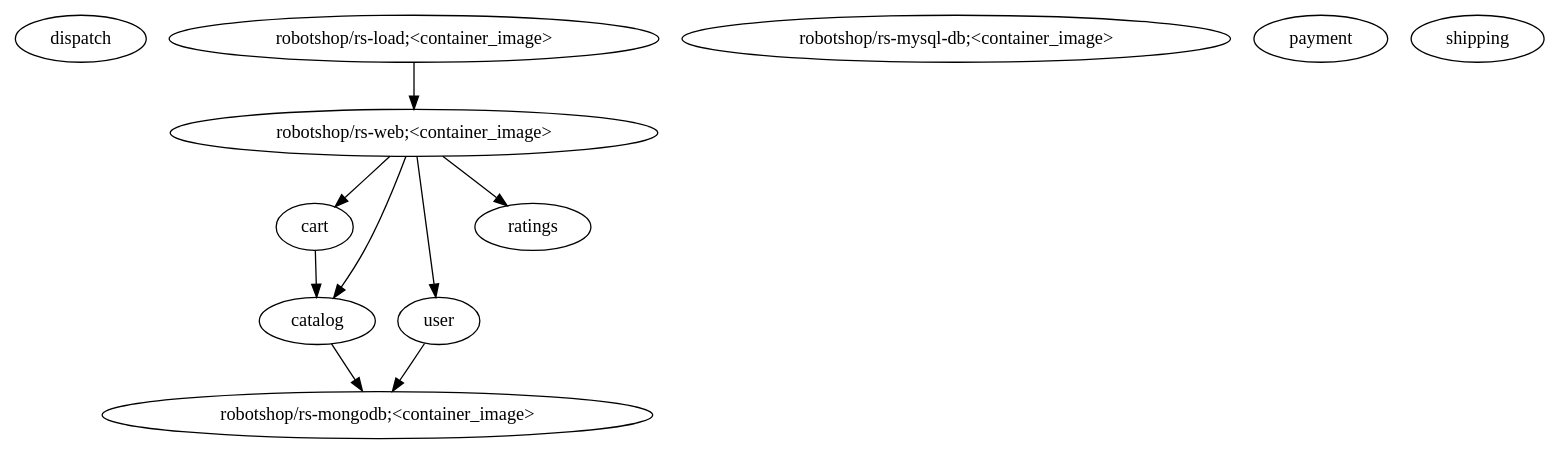
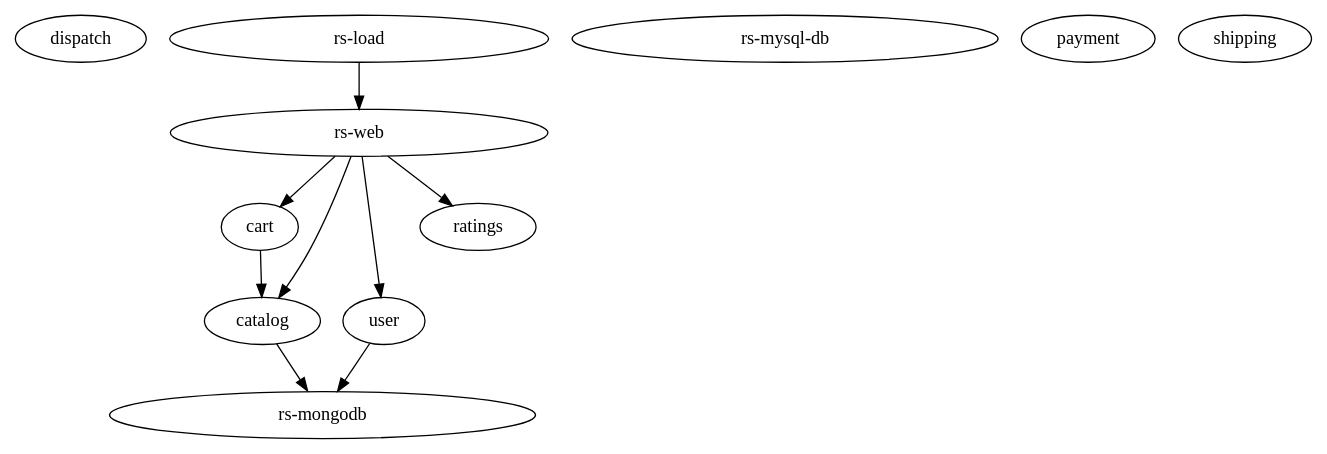
Before and after one commit to alvinwilta/microqa: the diagram in service-graph.dot, drawn with Graphviz. The commit also changed 3 other files, not shown here.

```diff
--- a/service-graph.dot
+++ b/service-graph.dot
@@ -1,45 +1,45 @@
 digraph "" {
 	graph [bb="0,0,934.24,324"];
 	node [label="\N"];
 	dispatch	[height=0.5,
 		pos="40.296,306",
 		width=1.1193];
-	"robotshop/rs-web;<container_image>"	[height=0.5,
+	"rs-web"	[height=0.5,
 		pos="243.3,234",
 		width=4.008];
 	cart	[height=0.5,
 		pos="169.3,162",
 		width=0.75];
-	"robotshop/rs-web;<container_image>" -> cart	[pos="e,184.39,177.28 225,215.7 215.14,206.37 202.88,194.76 192.36,184.82"];
+	"rs-web" -> cart	[pos="e,184.39,177.28 225,215.7 215.14,206.37 202.88,194.76 192.36,184.82"];
 	catalog	[height=0.5,
 		pos="181.3,90",
 		width=1.011];
-	"robotshop/rs-web;<container_image>" -> catalog	[pos="e,188.96,107.67 235.98,215.56 228.41,197.58 216.19,168.76 205.3,144 201.48,135.32 197.24,125.89 193.39,117.41"];
+	"rs-web" -> catalog	[pos="e,188.96,107.67 235.98,215.56 228.41,197.58 216.19,168.76 205.3,144 201.48,135.32 197.24,125.89 193.39,117.41"];
 	user	[height=0.5,
 		pos="262.3,90",
 		width=0.75];
-	"robotshop/rs-web;<container_image>" -> user	[pos="e,260.01,108.11 245.63,215.59 248.86,191.4 254.75,147.36 258.6,118.65"];
+	"rs-web" -> user	[pos="e,260.01,108.11 245.63,215.59 248.86,191.4 254.75,147.36 258.6,118.65"];
 	ratings	[height=0.5,
 		pos="324.3,162",
 		width=0.95686];
-	"robotshop/rs-web;<container_image>" -> ratings	[pos="e,306.97,177.97 263.32,215.7 274,206.47 287.25,195.02 298.67,185.15"];
+	"rs-web" -> ratings	[pos="e,306.97,177.97 263.32,215.7 274,206.47 287.25,195.02 298.67,185.15"];
 	cart -> catalog	[pos="e,178.36,108.1 172.26,143.7 173.56,136.15 175.1,127.12 176.55,118.68"];
-	"robotshop/rs-mongodb;<container_image>"	[height=0.5,
+	"rs-mongodb"	[height=0.5,
 		pos="221.3,18",
 		width=4.5315];
-	catalog -> "robotshop/rs-mongodb;<container_image>"	[pos="e,211.33,36.447 190.78,72.411 195.32,64.454 200.88,54.722 206.01,45.756"];
-	user -> "robotshop/rs-mongodb;<container_image>"	[pos="e,231.33,36.124 252.79,72.765 248.06,64.697 242.23,54.741 236.88,45.598"];
-	"robotshop/rs-load;<container_image>"	[height=0.5,
+	catalog -> "rs-mongodb"	[pos="e,211.33,36.447 190.78,72.411 195.32,64.454 200.88,54.722 206.01,45.756"];
+	user -> "rs-mongodb"	[pos="e,231.33,36.124 252.79,72.765 248.06,64.697 242.23,54.741 236.88,45.598"];
+	"rs-load"	[height=0.5,
 		pos="243.3,306",
 		width=4.026];
-	"robotshop/rs-load;<container_image>" -> "robotshop/rs-web;<container_image>"	[pos="e,243.3,252.1 243.3,287.7 243.3,280.24 243.3,271.32 243.3,262.97"];
-	"robotshop/rs-mysql-db;<container_image>"	[height=0.5,
+	"rs-load" -> "rs-web"	[pos="e,243.3,252.1 243.3,287.7 243.3,280.24 243.3,271.32 243.3,262.97"];
+	"rs-mysql-db"	[height=0.5,
 		pos="569.3,306",
 		width=4.5315];
 	payment	[height=0.5,
 		pos="792.3,306",
 		width=1.1555];
 	shipping	[height=0.5,
 		pos="893.3,306",
 		width=1.1374];
 }
```
